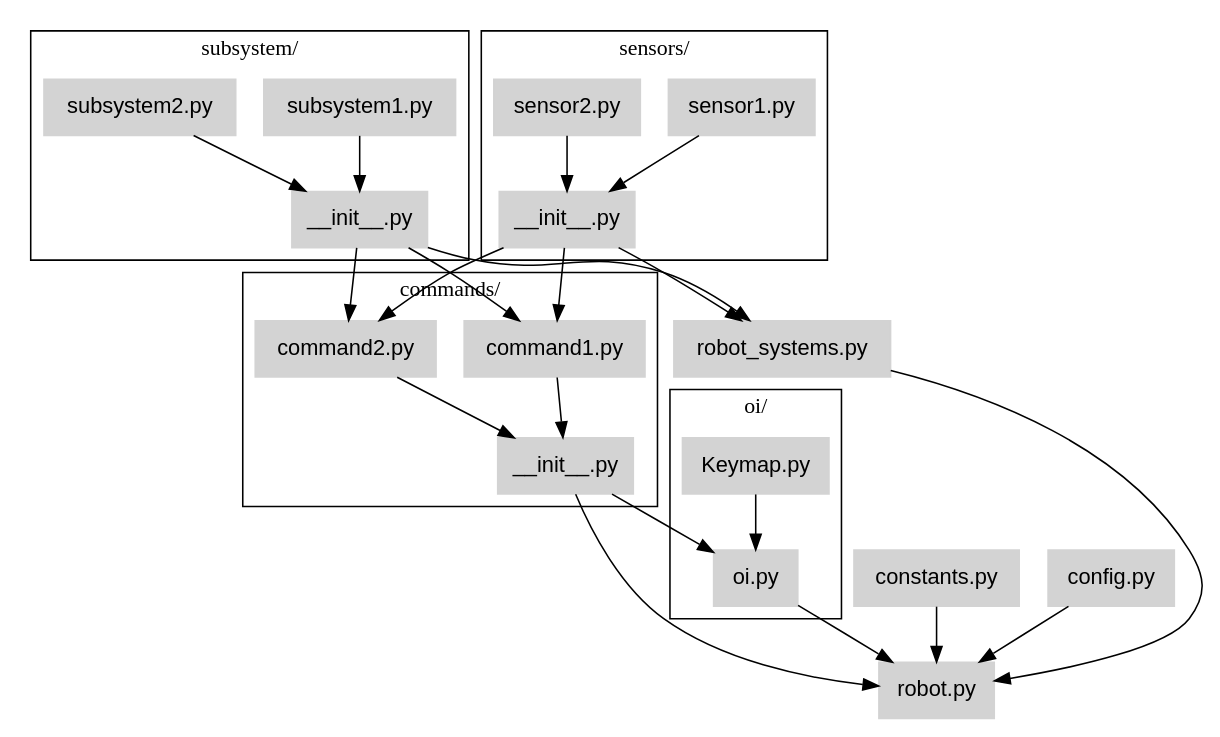
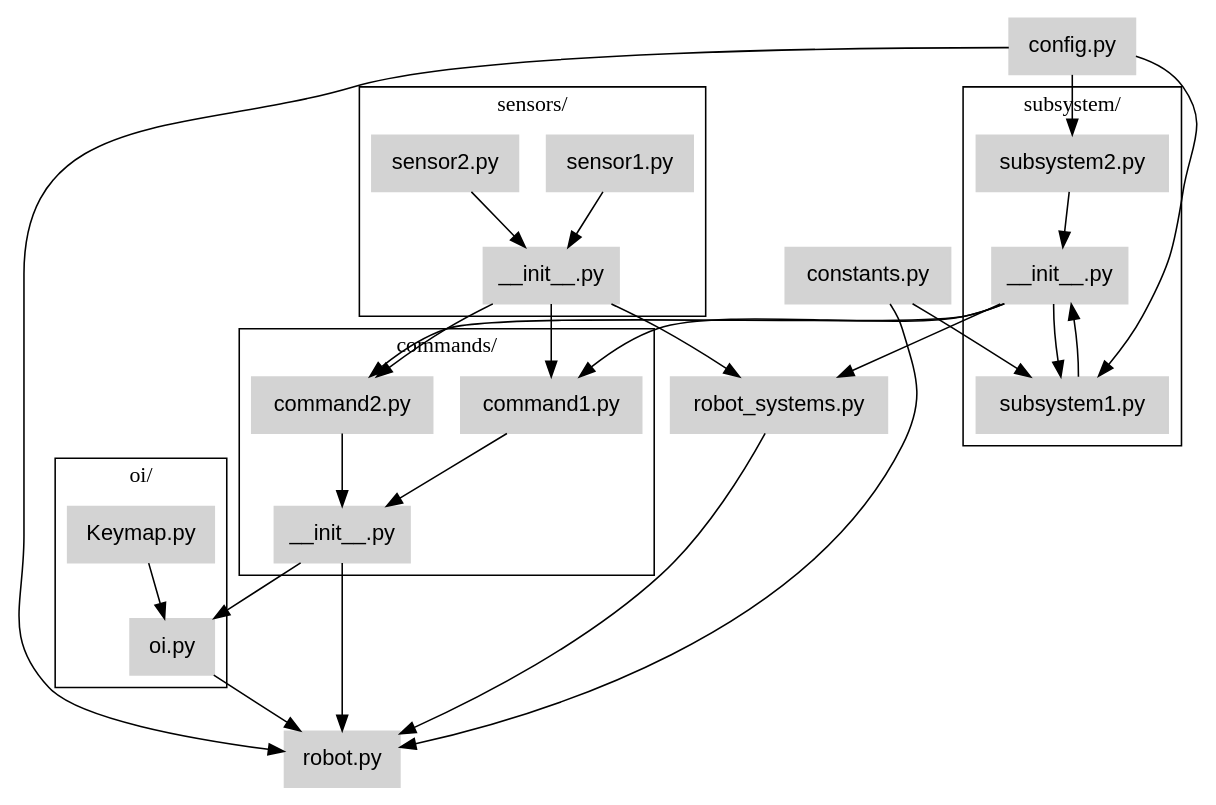
Before and after one commit to Choate-Robotics/Programming-SOPs: the diagram in docs/code/file_structure.rst, drawn with Graphviz.

```diff
--- a/docs/code/file_structure.rst
+++ b/docs/code/file_structure.rst
@@ -9,74 +9,81 @@
 .. graphviz::
 
 
     digraph file_structure {
 
         node [shape=box, style=filled, color=lightgrey, fontname=helvetica]
 
 
             // Clusters for folders
         subgraph cluster_commands {
             label="commands/"
             commands [label="__init__.py"]
             command1_py [label="command1.py"]
             command2_py [label="command2.py"]
             command1_py -> commands
             command2_py -> commands
             // Add more example files in the commands folder, if needed
         }
 
         subgraph cluster_subsystems {
             label="subsystem/"
             subsystems [label="__init__.py"]
             subsystem1_py [label="subsystem1.py"]
             subsystem2_py [label="subsystem2.py"]
             subsystem1_py -> subsystems
             subsystem2_py -> subsystems
             // Add more example files in the subsystem folder, if needed
         }
 
         subgraph cluster_oi {
             label="oi/"
             oi_py [label="oi.py"]
             Keymap_py [label="Keymap.py"]
             Keymap_py -> oi_py
         }
 
         subgraph cluster_sensors {
             label="sensors/"
             sensors [label="__init__.py"]
             sensor1_py [label="sensor1.py"]
             sensor2_py [label="sensor2.py"]
             sensor1_py -> sensors
             sensor2_py -> sensors
             // Add more example files in the sensors folder, if needed
         }
 
 
 
         robot_py [label="robot.py"]
         robot_systems_py [label="robot_systems.py"]
         constants_py [label="constants.py"]
         config_py [label="config.py"]
 
+        // subsystem connections
+        constants_py -> subsystem1_py
+        config_py -> subsystem1_py
+        subsystems -> subsystem1_py
+        config_py -> subsystem2_py
+
+        // robot system connections
         subsystems -> robot_systems_py
         sensors -> robot_systems_py
 
-
+        // command connections
         subsystems -> command1_py
         sensors -> command1_py
-
         subsystems -> command2_py
         sensors -> command2_py
 
+        // oi connections
         commands -> oi_py
 
-
+        // robot connections
         constants_py -> robot_py
         config_py -> robot_py
         oi_py -> robot_py
         robot_systems_py -> robot_py
         commands -> robot_py
 
         
     }
```
